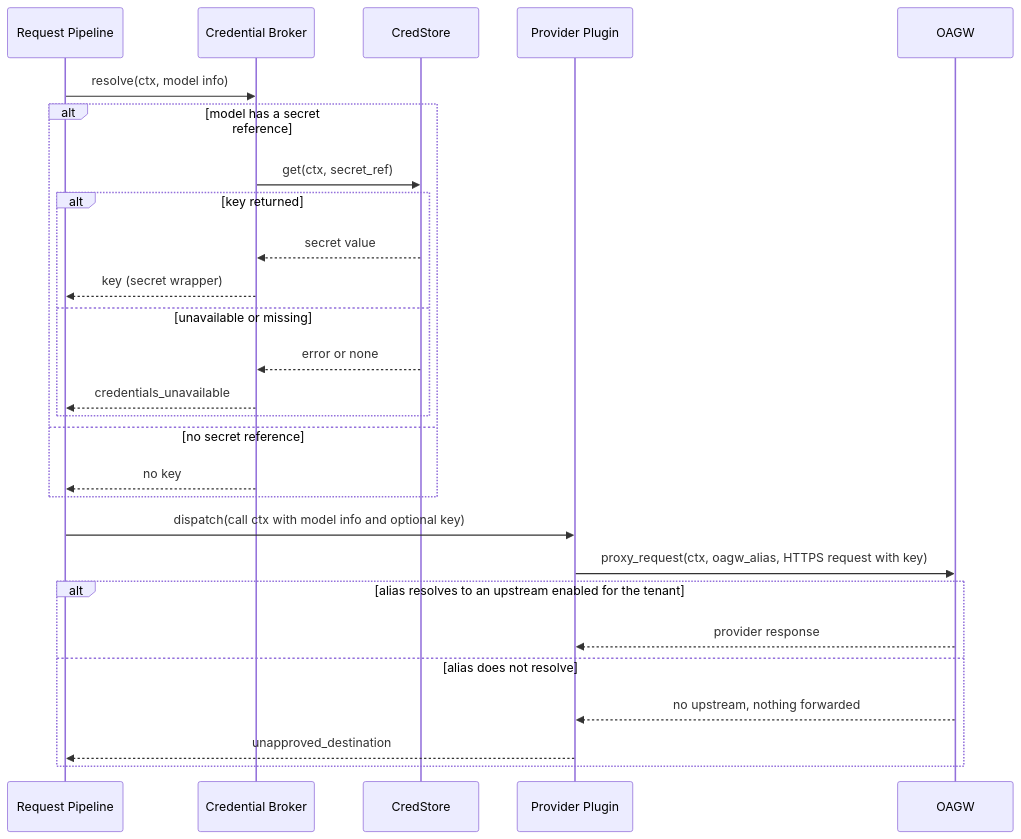
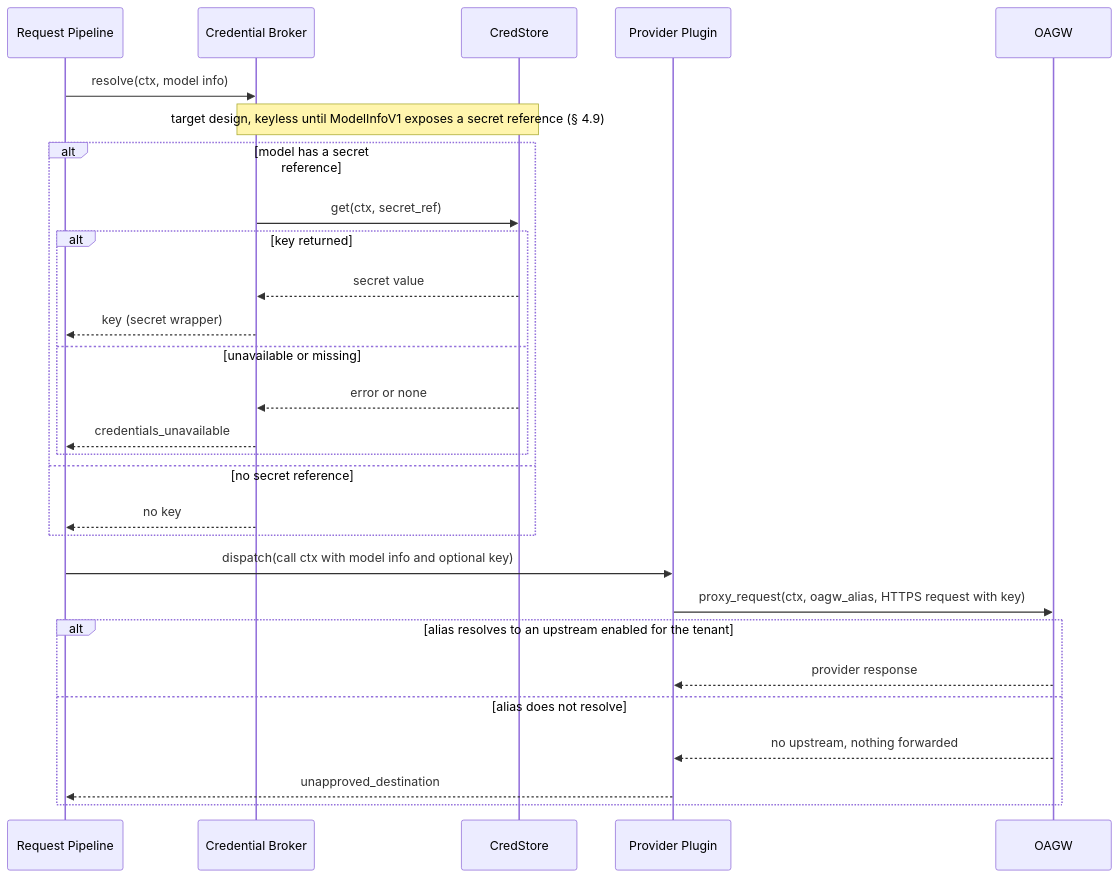
Before and after one commit to constructorfabric/gears-rust: the third of 15 diagrams in gears/llm-gateway/docs/DESIGN.md, drawn with Mermaid. The commit also changed other lines of this file, not shown here.

````diff
--- a/gears/llm-gateway/docs/DESIGN.md
+++ b/gears/llm-gateway/docs/DESIGN.md
@@ -793,29 +803,30 @@
 ```mermaid
 sequenceDiagram
     participant P as Request Pipeline
     participant CB as Credential Broker
     participant CS as CredStore
     participant PL as Provider Plugin
     participant O as OAGW
     P->>CB: resolve(ctx, model info)
+    Note over CB,CS: target design, keyless until ModelInfoV1 exposes a secret reference (§ 4.9)
     alt model has a secret reference
         CB->>CS: get(ctx, secret_ref)
         alt key returned
             CS-->>CB: secret value
             CB-->>P: key (secret wrapper)
         else unavailable or missing
             CS-->>CB: error or none
             CB-->>P: credentials_unavailable
         end
     else no secret reference
         CB-->>P: no key
     end
     P->>PL: dispatch(call ctx with model info and optional key)
     PL->>O: proxy_request(ctx, oagw_alias, HTTPS request with key)
     alt alias resolves to an upstream enabled for the tenant
         O-->>PL: provider response
     else alias does not resolve
         O-->>PL: no upstream, nothing forwarded
         PL-->>P: unapproved_destination
     end
 ```
````
